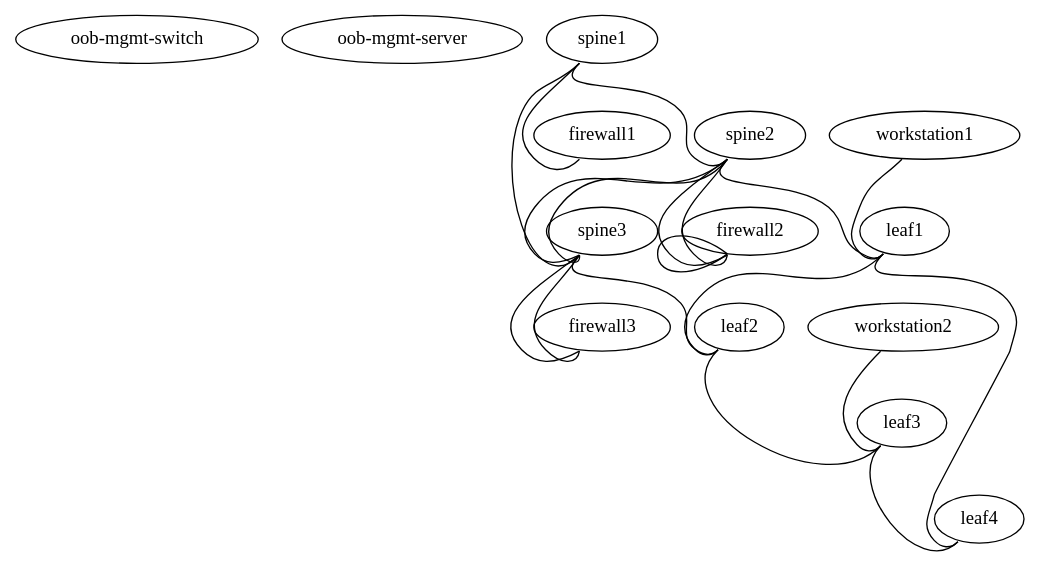
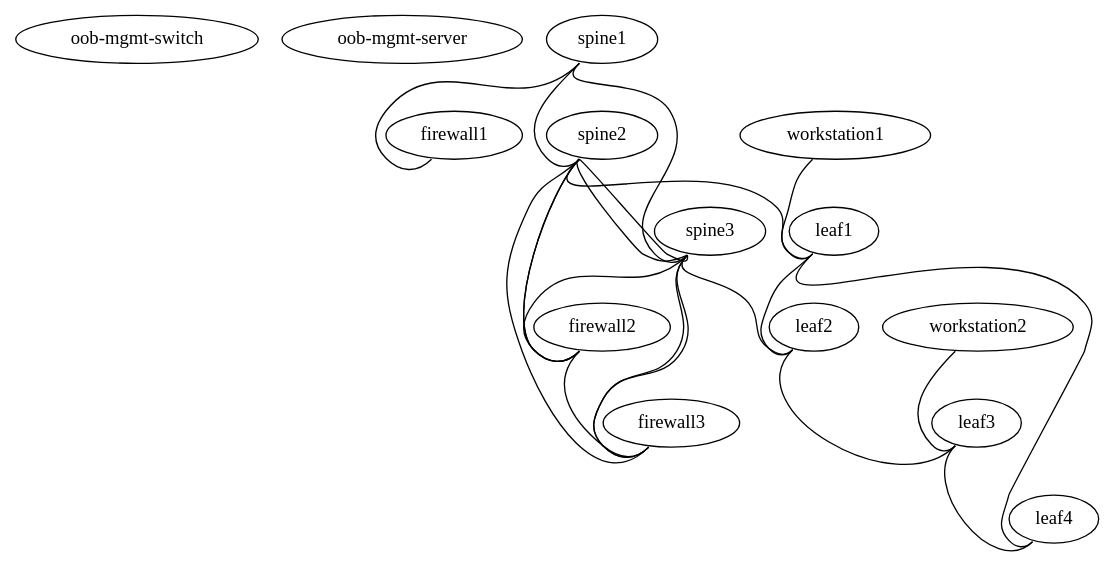
Before and after one commit to naturalis/oss-network-demo: the diagram in demo.dot, drawn with Graphviz.

Commit message:
Update demo.dot
Second LAN interface for LAGG/MLAG

```diff
--- a/demo.dot
+++ b/demo.dot
@@ -1,44 +1,47 @@
 graph demo {
  "oob-mgmt-switch" [function="oob-switch" config="./helper_scripts/oob_switch_config.sh" mgmt_ip="192.168.200.100"]
  "oob-mgmt-server" [function="oob-server" mgmt_ip="192.168.200.254/24"]
 
  "firewall1" [function="fake"]
  "firewall2" [function="fake"]
  "firewall3" [function="fake"]
  "workstation1" [function="fake"]
  "workstation2" [function="fake"]
 
  "spine1" [function="spine" config="./helper_scripts/extra_switch_config.sh" mgmt_ip="192.168.200.1"]
  "spine2" [function="spine" config="./helper_scripts/extra_switch_config.sh" mgmt_ip="192.168.200.2"]
  "spine3" [function="spine" config="./helper_scripts/extra_switch_config.sh" mgmt_ip="192.168.200.3"]
   
  "leaf1" [function="leaf" config="./helper_scripts/extra_switch_config.sh" mgmt_ip="192.168.200.10"]
  "leaf2" [function="leaf" config="./helper_scripts/extra_switch_config.sh" mgmt_ip="192.168.200.20"]
  "leaf3" [function="leaf" config="./helper_scripts/extra_switch_config.sh" mgmt_ip="192.168.200.30"]
  "leaf4" [function="leaf" config="./helper_scripts/extra_switch_config.sh" mgmt_ip="192.168.200.40"]
 
    "spine1":"swp47" -- "firewall1":"swp1"
    "spine1":"swp1" -- "spine2":"swp47"
    "spine1":"swp2" -- "spine3":"swp47"
    
-   "spine2":"swp45" -- "firewall2":"swp0"
-   "spine2":"swp46" -- "firewall2":"swp1"
-   "spine3":"swp45" -- "firewall3":"swp0"
-   "spine3":"swp46" -- "firewall3":"swp1"
+   "spine2":"swp45" -- "firewall2":"swp2"
+   "spine2":"swp46" -- "firewall2":"swp3"
+   "spine2":"swp47" -- "firewall3":"swp5"
+      
+   "spine3":"swp45" -- "firewall3":"swp2"
+   "spine3":"swp46" -- "firewall3":"swp3"
+   "spine3":"swp47" -- "firewall2":"swp5"
    
-   "firewall2":"swp2" -- "firewall2":"swp3"
+   "firewall2":"swp4" -- "firewall3":"swp4"
 
    "spine2":"swp49" -- "spine3":"swp49"
    "spine2":"swp50" -- "spine3":"swp50"
 
    "spine2":"swp1" -- "leaf1":"swp52"
    "spine3":"swp1" -- "leaf2":"swp52"
 
    "leaf1":"swp50" -- "leaf2":"swp50"
    "leaf3":"swp50" -- "leaf4":"swp50"
    "leaf1":"swp49" -- "leaf4":"swp52"
    "leaf2":"swp49" -- "leaf3":"swp52"
    
    "workstation1":"swp1" -- "leaf1":"swp1"
    "workstation2":"swp1" -- "leaf3":"swp1"
 }
```
